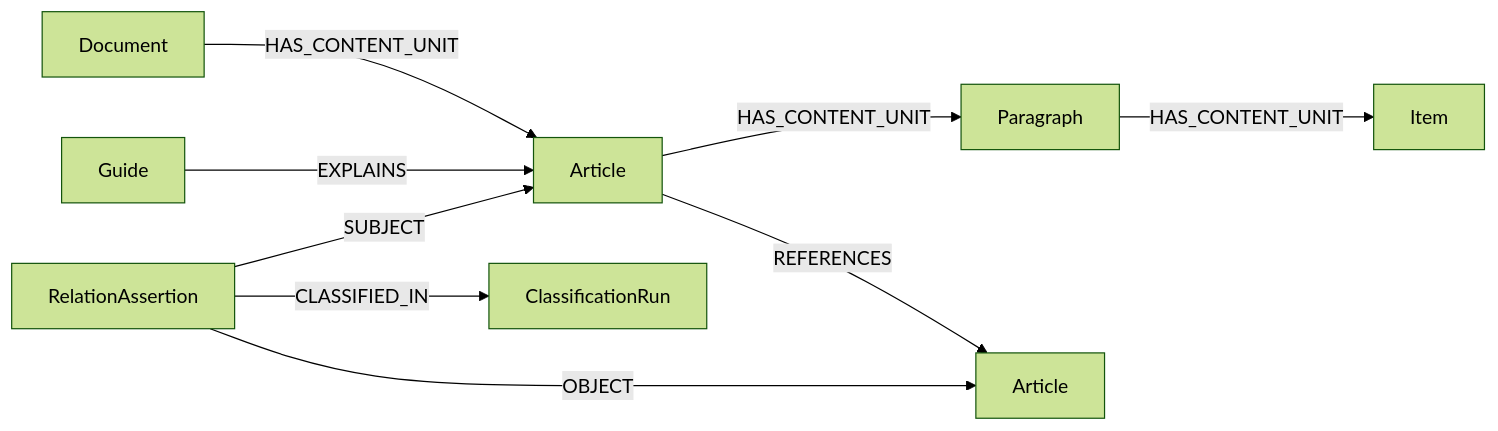
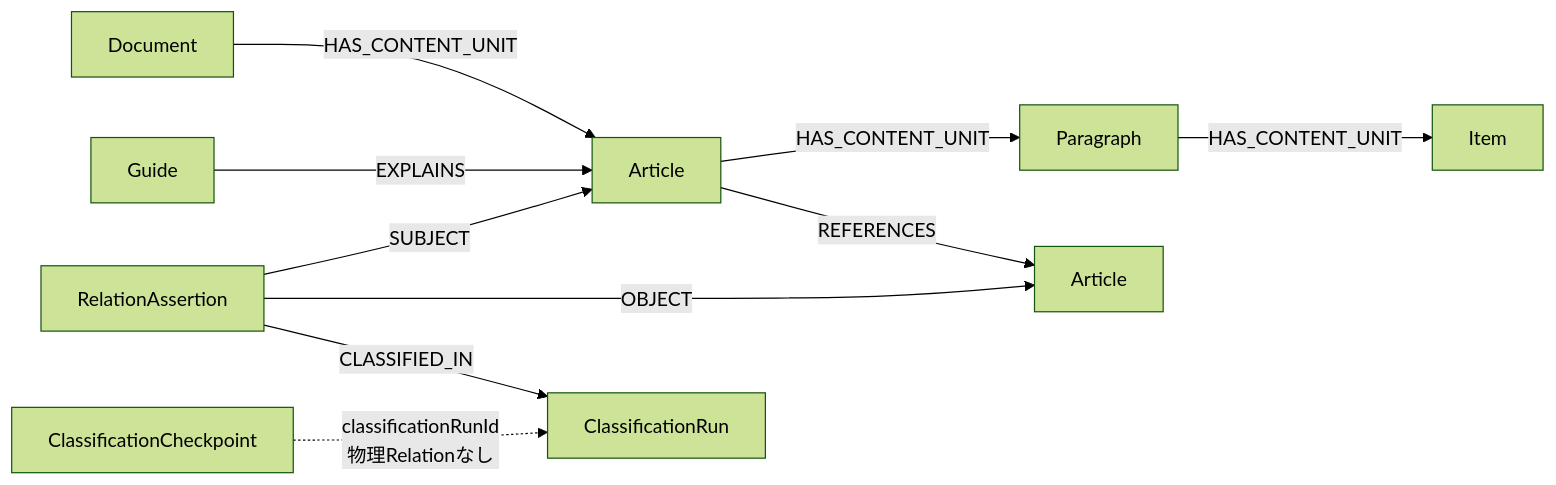
One commit to Noriaki-4/local-rag-poc-law changed the ninth of 11 diagrams in docs/requirements/docs/generic_iterative_agent_framework_plan_visual.md. Above: the diagram before and after it, drawn with Mermaid (forest theme). The commit also changed other lines of this file and 18 other files, not shown here.

````diff
--- a/docs/requirements/docs/generic_iterative_agent_framework_plan_visual.md
+++ b/docs/requirements/docs/generic_iterative_agent_framework_plan_visual.md
@@ -216,11 +224,12 @@
 ```mermaid
 flowchart LR
     D[Document] -->|HAS_CONTENT_UNIT| A1[Article]
     A1 -->|HAS_CONTENT_UNIT| P[Paragraph]
     P -->|HAS_CONTENT_UNIT| I[Item]
     A1 -->|REFERENCES| A2[Article]
     G[Guide] -->|EXPLAINS| A1
     RA[RelationAssertion] -->|SUBJECT| A1
     RA -->|OBJECT| A2
     RA -->|CLASSIFIED_IN| CR[ClassificationRun]
+    CP[ClassificationCheckpoint] -. classificationRunId<br/>物理Relationなし .-> CR
 ```
````
